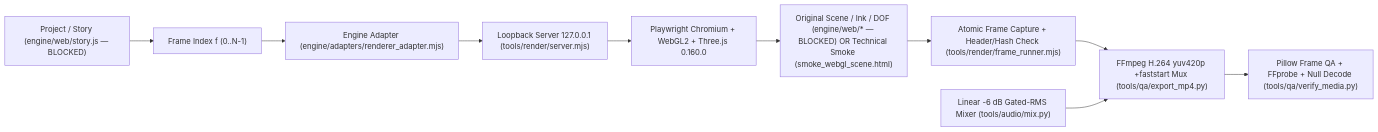
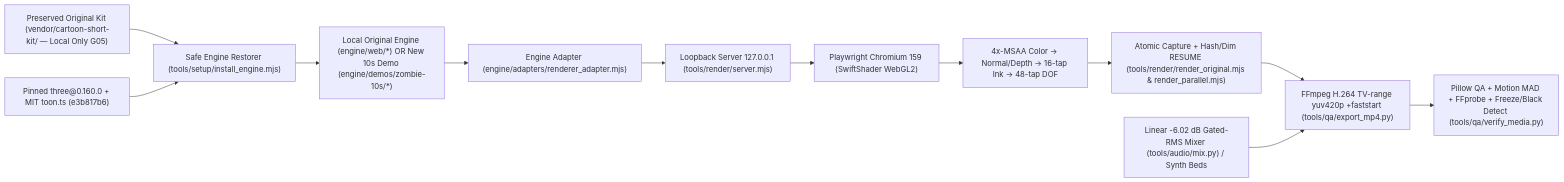
Before and after one commit to quocan050302/Skill-Stick-Animation: the diagram in docs/ARCHITECTURE.md, drawn with Mermaid. The commit also changed other lines of this file and 43 other files, not shown here.

Commit message:
feat(short): establish original renderer fidelity baseline, Soldier regression, and new 10s zombie proof

````diff
--- a/docs/ARCHITECTURE.md
+++ b/docs/ARCHITECTURE.md
@@ -5,12 +5,14 @@
 ```mermaid
 flowchart LR
-    P["Project / Story (engine/web/story.js — BLOCKED)"] --> F["Frame Index f (0..N-1)"]
-    F --> A["Engine Adapter (engine/adapters/renderer_adapter.mjs)"]
+    K["Preserved Original Kit (vendor/cartoon-short-kit/ — Local Only G05)"] --> I["Safe Engine Restorer (tools/setup/install_engine.mjs)"]
+    T["Pinned three@0.160.0 + MIT toon.ts (e3b817b6)"] --> I
+    I --> W["Local Original Engine (engine/web/*) OR New 10s Demo (engine/demos/zombie-10s/*)"]
+    W --> A["Engine Adapter (engine/adapters/renderer_adapter.mjs)"]
     A --> S["Loopback Server 127.0.0.1 (tools/render/server.mjs)"]
-    S --> B["Playwright Chromium + WebGL2 + Three.js 0.160.0"]
-    B --> W["Original Scene / Ink / DOF (engine/web/* — BLOCKED) OR Technical Smoke (smoke_webgl_scene.html)"]
-    W --> C["Atomic Frame Capture + Header/Hash Check (tools/render/frame_runner.mjs)"]
-    C --> M["FFmpeg H.264 yuv420p +faststart Mux (tools/qa/export_mp4.py)"]
-    AU["Linear -6 dB Gated-RMS Mixer (tools/audio/mix.py)"] --> M
-    M --> Q["Pillow Frame QA + FFprobe + Null Decode (tools/qa/verify_media.py)"]
+    S --> B["Playwright Chromium 159 (SwiftShader WebGL2)"]
+    B --> R["4x-MSAA Color -> Normal/Depth -> 16-tap Ink -> 48-tap DOF"]
+    R --> C["Atomic Capture + Hash/Dim RESUME (tools/render/render_original.mjs & render_parallel.mjs)"]
+    C --> E["FFmpeg H.264 TV-range yuv420p +faststart (tools/qa/export_mp4.py)"]
+    AU["Linear -6.02 dB Gated-RMS Mixer (tools/audio/mix.py) / Synth Beds"] --> E
+    E --> Q["Pillow QA + Motion MAD + FFprobe + Freeze/Black Detect (tools/qa/verify_media.py)"]
 ```
````
